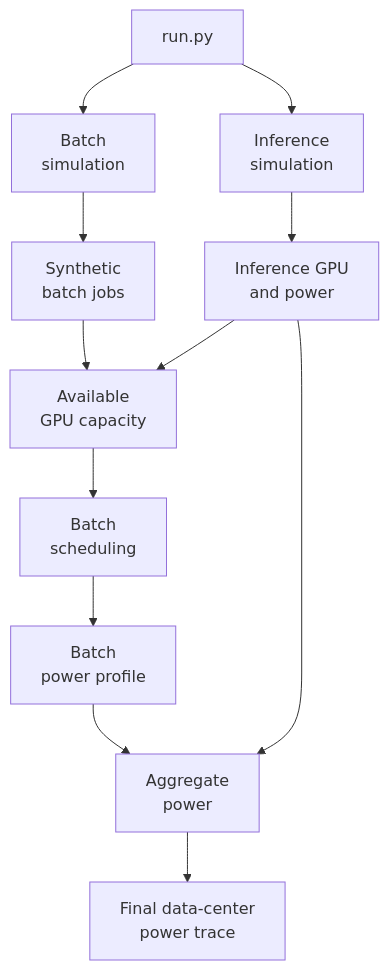
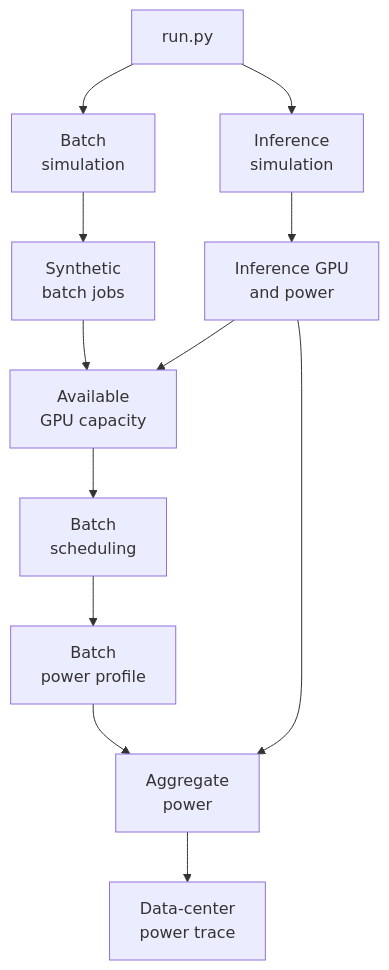
The diagram in README.md (subirmajumder/Hybrid_AI_Data_Center_Workload_and_Power_Simulator), drawn with Mermaid before and after one commit.

Commit message:
Update README.md
updated readme

````diff
--- a/README.md
+++ b/README.md
@@ -28,21 +28,21 @@
 ```mermaid
 flowchart TD
     A["run.py"]
 
     A --> B["Batch<br/>simulation"]
     A --> C["Inference<br/>simulation"]
 
     B --> D["Synthetic<br/>batch jobs"]
     C --> E["Inference GPU<br/>and power"]
 
     D --> F["Available<br/>GPU capacity"]
     E --> F
 
     F --> G["Batch<br/>scheduling"]
     G --> H["Batch<br/>power profile"]
 
     E --> I["Aggregate<br/>power"]
     H --> I
 
-    I --> J["Final data-center<br/>power trace"]
+    I --> J["Data-center<br/>power trace"]
 ```
````
